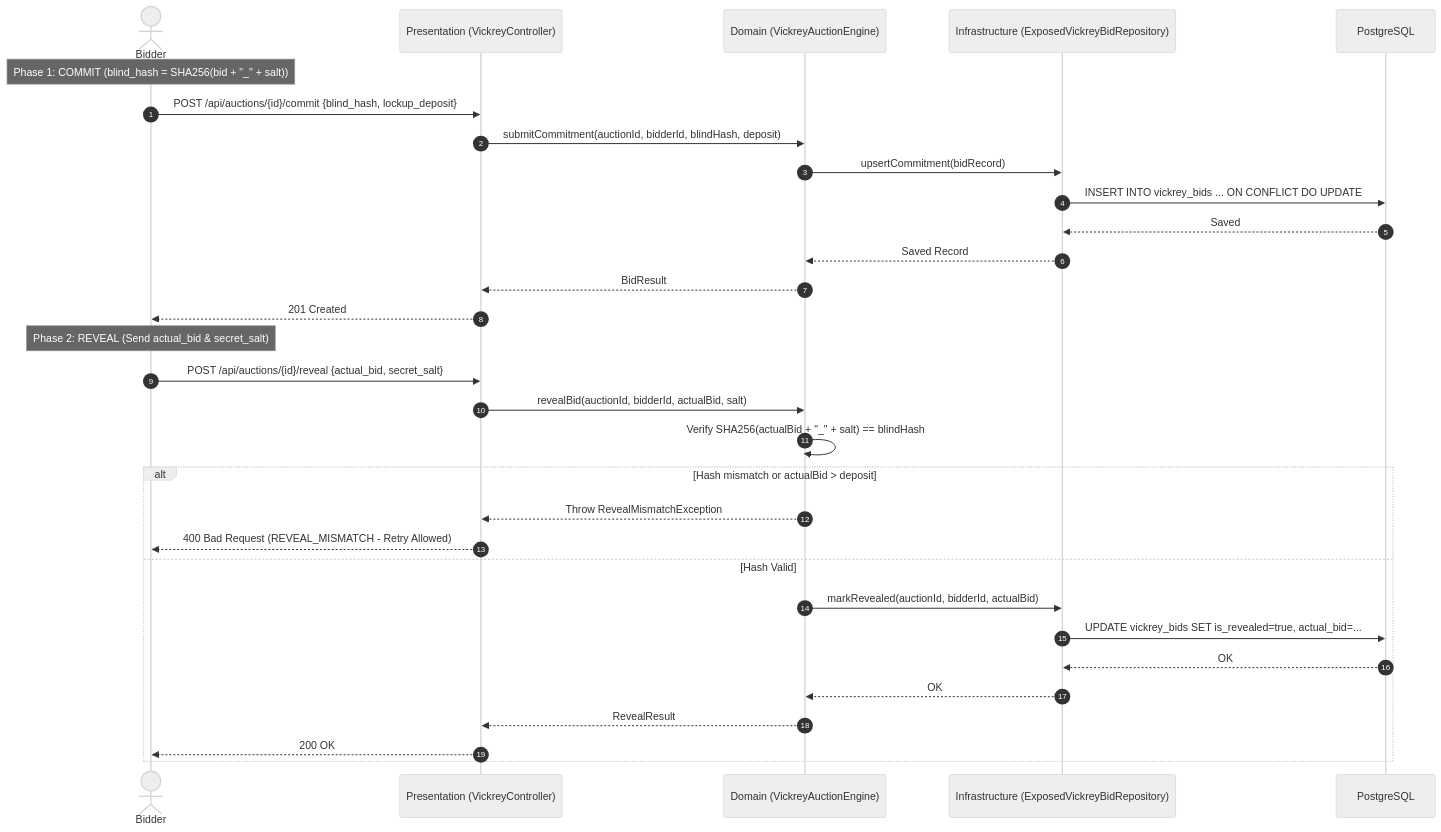
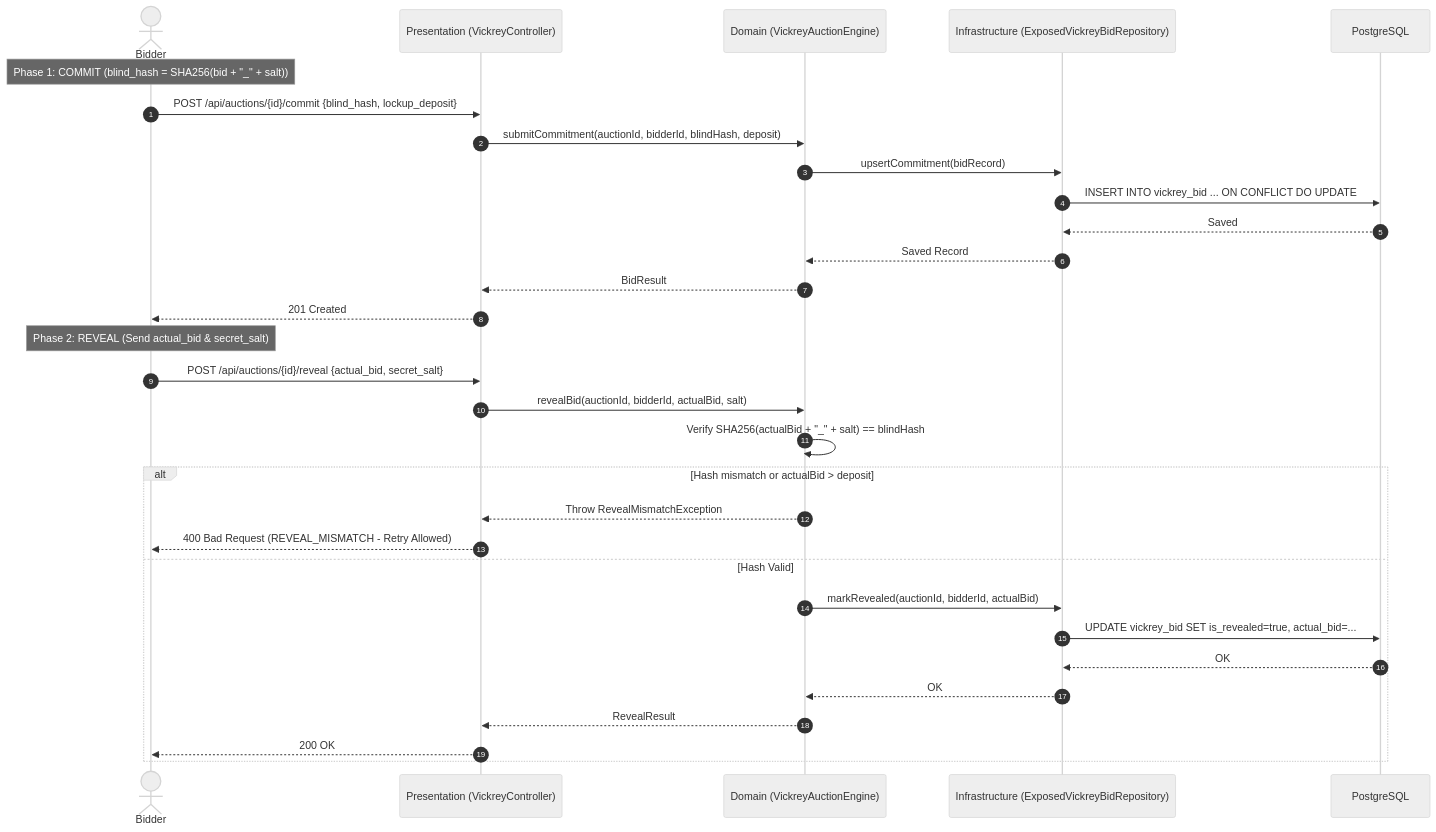
Before and after one commit to MihnixArch0n/Kronyka: the first of 2 diagrams in docs/llm/ARCHITECTURE.md, drawn with Mermaid (neutral theme). The commit also changed other lines of this file and 3 other files, not shown here.

First line of the commit message:
docs(schema): update database table references to singular form

````diff
--- a/docs/llm/ARCHITECTURE.md
+++ b/docs/llm/ARCHITECTURE.md
@@ -38,35 +38,35 @@
 ```mermaid
 sequenceDiagram
     autonumber
     actor Bidder
     participant Controller as Presentation (VickreyController)
     participant Engine as Domain (VickreyAuctionEngine)
     participant Repo as Infrastructure (ExposedVickreyBidRepository)
     participant DB as PostgreSQL
 
     Note over Bidder: Phase 1: COMMIT (blind_hash = SHA256(bid + "_" + salt))
     Bidder->>Controller: POST /api/auctions/{id}/commit {blind_hash, lockup_deposit}
     Controller->>Engine: submitCommitment(auctionId, bidderId, blindHash, deposit)
     Engine->>Repo: upsertCommitment(bidRecord)
-    Repo->>DB: INSERT INTO vickrey_bids ... ON CONFLICT DO UPDATE
+    Repo->>DB: INSERT INTO vickrey_bid ... ON CONFLICT DO UPDATE
     DB-->>Repo: Saved
     Repo-->>Engine: Saved Record
     Engine-->>Controller: BidResult
     Controller-->>Bidder: 201 Created
 
     Note over Bidder: Phase 2: REVEAL (Send actual_bid & secret_salt)
     Bidder->>Controller: POST /api/auctions/{id}/reveal {actual_bid, secret_salt}
     Controller->>Engine: revealBid(auctionId, bidderId, actualBid, salt)
     Engine->>Engine: Verify SHA256(actualBid + "_" + salt) == blindHash
     alt Hash mismatch or actualBid > deposit
         Engine-->>Controller: Throw RevealMismatchException
         Controller-->>Bidder: 400 Bad Request (REVEAL_MISMATCH - Retry Allowed)
     else Hash Valid
         Engine->>Repo: markRevealed(auctionId, bidderId, actualBid)
-        Repo->>DB: UPDATE vickrey_bids SET is_revealed=true, actual_bid=...
+        Repo->>DB: UPDATE vickrey_bid SET is_revealed=true, actual_bid=...
         DB-->>Repo: OK
         Repo-->>Engine: OK
         Engine-->>Controller: RevealResult
         Controller-->>Bidder: 200 OK
     end
 ```
````
